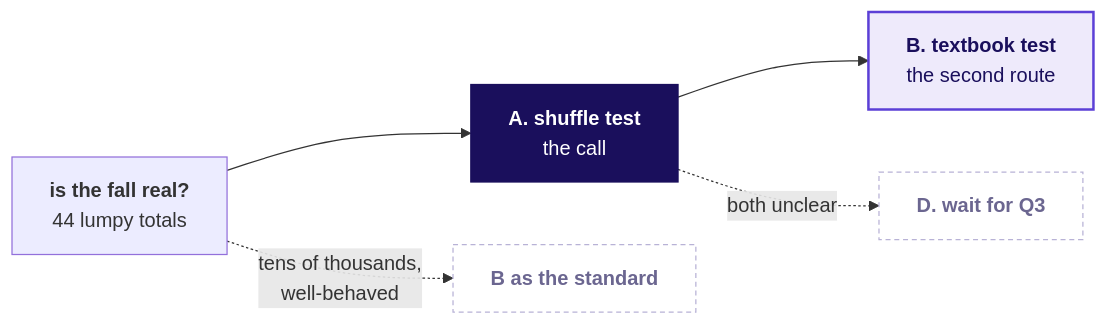
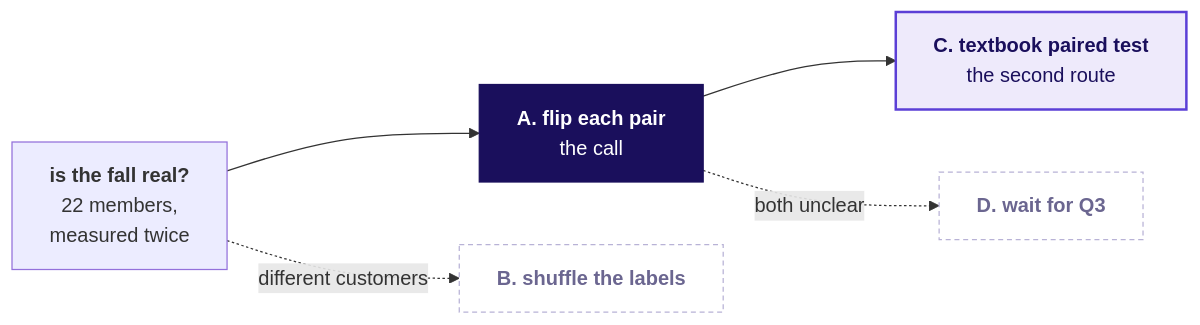
One commit to fde-academy-lab/c2-content-factory changed the third of 32 diagrams in content/W01/D4/slides/C2_W01_D04_half1_STUDENT.md. Above: the diagram before and after it, drawn with Mermaid. The commit also changed other lines of this file and 4 other files, not shown here.

````diff
--- a/content/W01/D4/slides/C2_W01_D04_half1_STUDENT.md
+++ b/content/W01/D4/slides/C2_W01_D04_half1_STUDENT.md
@@ -203,13 +207,13 @@
 ```mermaid
 flowchart LR
-    Q["<b>is the fall real?</b><br/>44 lumpy totals"] --> A["<b>A. shuffle test</b><br/>the call"]
-    A --> X["<b>B. textbook test</b><br/>the second route"]
+    Q["<b>is the fall real?</b><br/>22 members,<br/>measured twice"] --> A["<b>A. flip each pair</b><br/>the call"]
+    A --> X["<b>C. textbook paired test</b><br/>the second route"]
     A -.->|"both unclear"| D["<b>D. wait for Q3</b>"]
-    Q -.->|"tens of thousands,<br/>well-behaved"| B["<b>B as the standard</b>"]
+    Q -.->|"different customers"| B["<b>B. shuffle the labels</b>"]
     classDef known fill:#EEEAFB,stroke:#5B3FD6,color:#1A0F5C,stroke-width:2px
     classDef unknown fill:#FFFFFF,stroke:#B8B2D6,color:#6B6690,stroke-dasharray:4 3
     classDef bet fill:#1A0F5C,stroke:#1A0F5C,color:#FFFFFF
     class A bet
     class X known
     class B,D unknown
 ```
````
